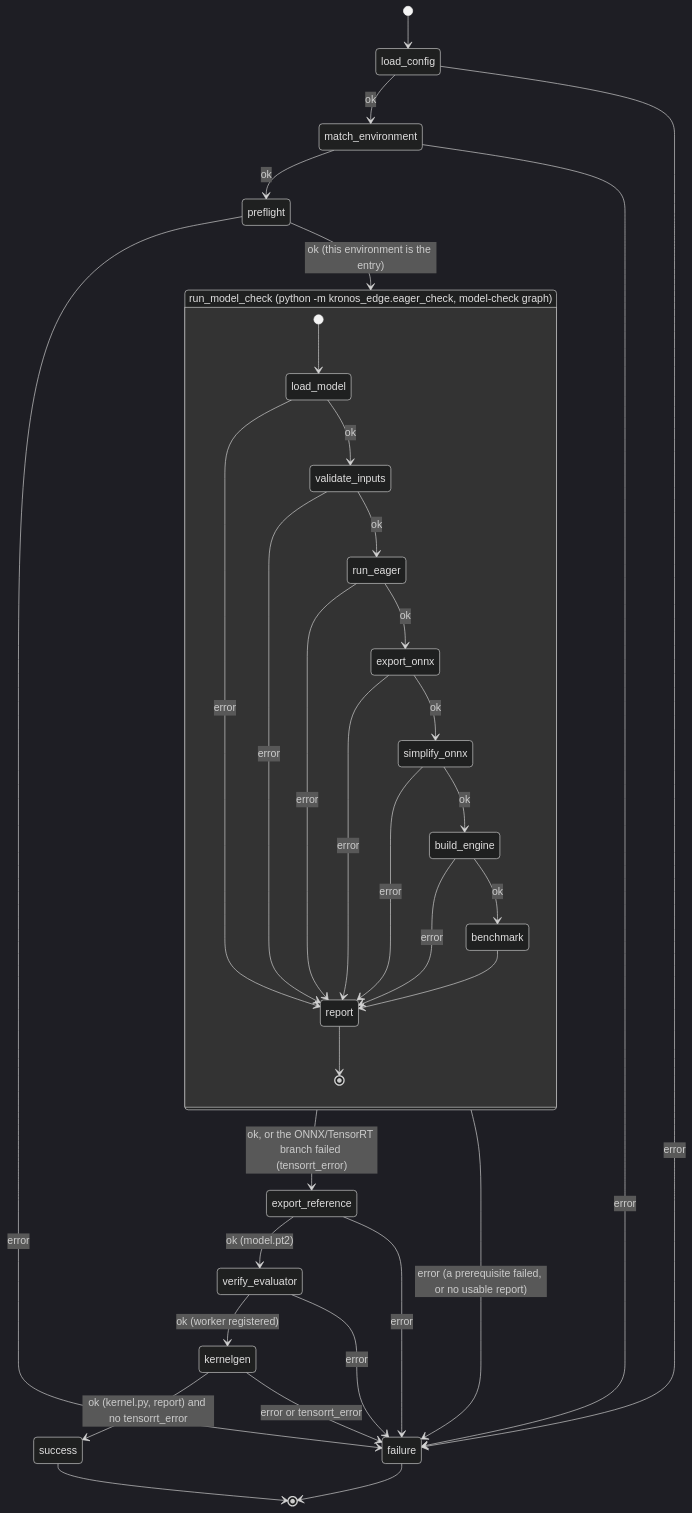
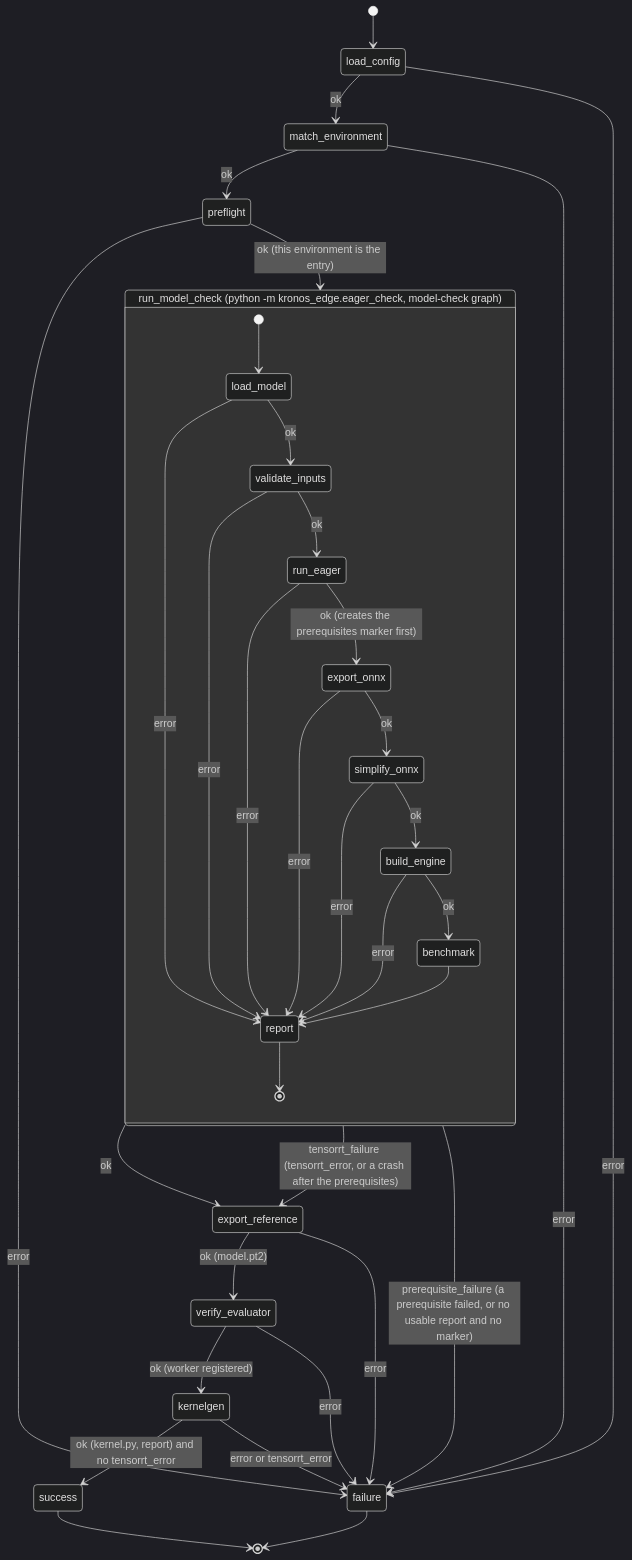
One commit to reza-rahimi-yasp/kronos-edge-v2 changed the diagram in architecture.md. Above: the diagram before and after it, drawn with Mermaid (dark theme). The commit also changed other lines of this file and 2 other files, not shown here.

Commit message:
Document the prerequisites marker and the routing after the model check

````diff
--- a/architecture.md
+++ b/architecture.md
@@ -35,38 +35,39 @@
 ```mermaid
 stateDiagram-v2
     [*] --> load_config
     load_config --> match_environment : ok
     load_config --> failure : error
     match_environment --> preflight : ok
     match_environment --> failure : error
     preflight --> run_model_check : ok (this environment is the entry)
     preflight --> failure : error
-    run_model_check --> export_reference : ok, or the ONNX/TensorRT branch failed (tensorrt_error)
-    run_model_check --> failure : error (a prerequisite failed, or no usable report)
+    run_model_check --> export_reference : ok
+    run_model_check --> export_reference : tensorrt_failure (tensorrt_error, or a crash after the prerequisites)
+    run_model_check --> failure : prerequisite_failure (a prerequisite failed, or no usable report and no marker)
     export_reference --> verify_evaluator : ok (model.pt2)
     export_reference --> failure : error
     verify_evaluator --> kernelgen : ok (worker registered)
     verify_evaluator --> failure : error
     kernelgen --> success : ok (kernel.py, report) and no tensorrt_error
     kernelgen --> failure : error or tensorrt_error
     success --> [*]
     failure --> [*]
 
     state "run_model_check (python -m kronos_edge.eager_check, model-check graph)" as run_model_check {
         [*] --> load_model
         load_model --> validate_inputs : ok
         load_model --> report : error
         validate_inputs --> run_eager : ok
         validate_inputs --> report : error
-        run_eager --> export_onnx : ok
+        run_eager --> export_onnx : ok (creates the prerequisites marker first)
         run_eager --> report : error
         export_onnx --> simplify_onnx : ok
         export_onnx --> report : error
         simplify_onnx --> build_engine : ok
         simplify_onnx --> report : error
         build_engine --> benchmark : ok
         build_engine --> report : error
         benchmark --> report
         report --> [*]
     }
 ```
````
